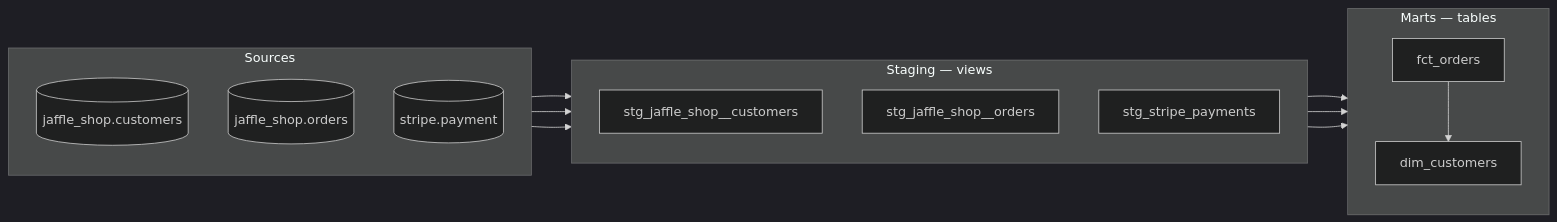
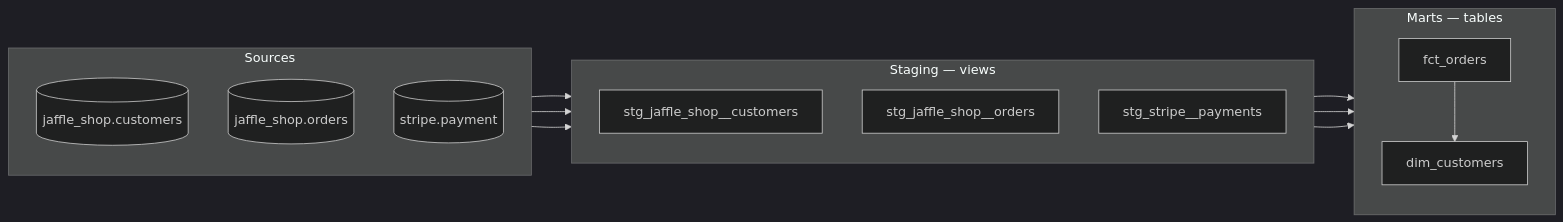
The second of 4 diagrams in README.md (Aung-Seth-Pai/dbt-jaffle-shop), drawn with Mermaid (dark theme) before and after one commit. The commit also changed other lines of this file and 2 other files, not shown here.

````diff
--- a/README.md
+++ b/README.md
@@ -81,31 +81,31 @@
 ```mermaid
 flowchart LR
     subgraph sources["Sources"]
         direction TB
         raw_cust[("jaffle_shop.customers")]
         raw_ord[("jaffle_shop.orders")]
         raw_pay[("stripe.payment")]
     end
 
     subgraph staging["Staging — views"]
         direction TB
         stg_cust["stg_jaffle_shop__customers"]
         stg_ord["stg_jaffle_shop__orders"]
-        stg_pay["stg_stripe_payments"]
+        stg_pay["stg_stripe__payments"]
     end
 
     subgraph marts["Marts — tables"]
         direction TB
         fct["fct_orders"]
         dim["dim_customers"]
     end
 
     raw_cust --> stg_cust
     raw_ord --> stg_ord
     raw_pay --> stg_pay
 
     stg_ord --> fct
     stg_pay --> fct
     fct --> dim
     stg_cust --> dim
 ```
````
